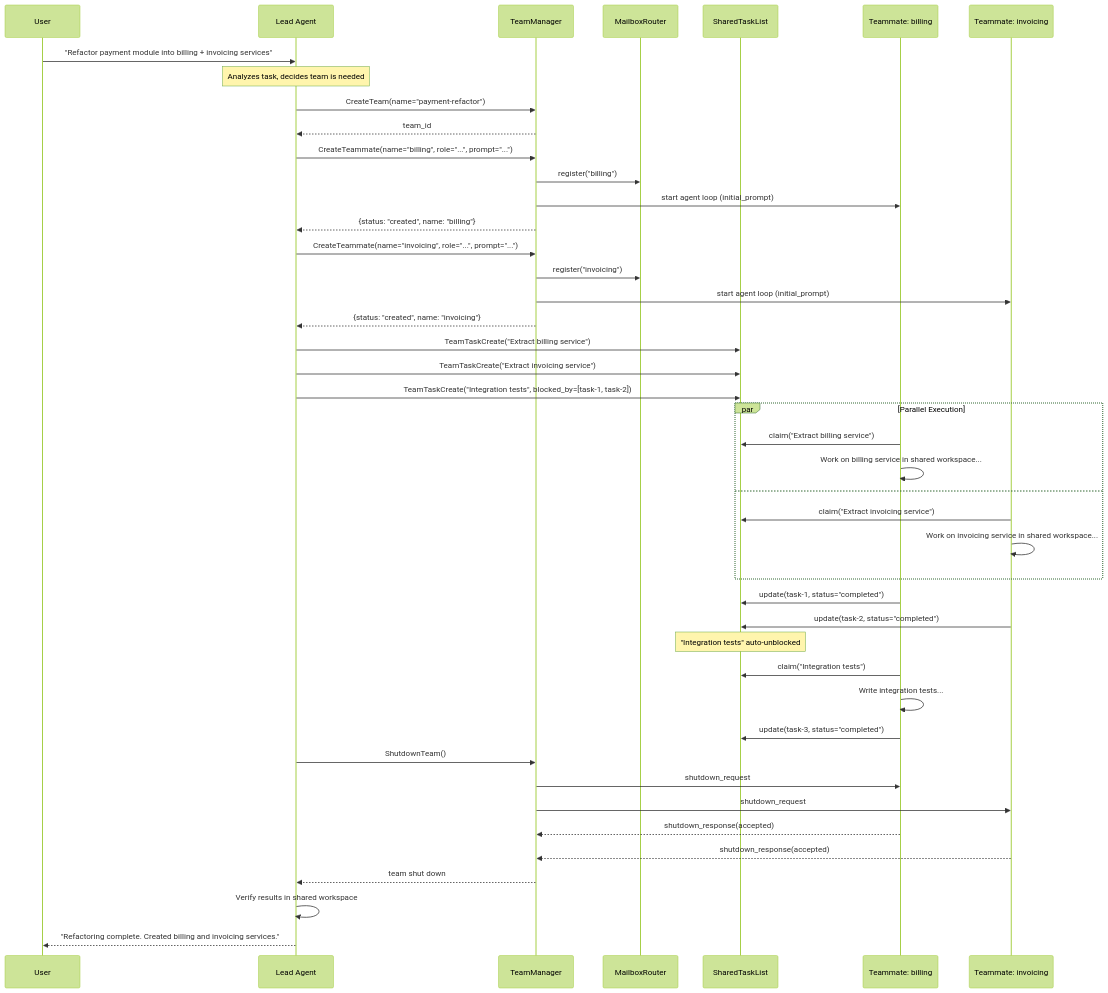
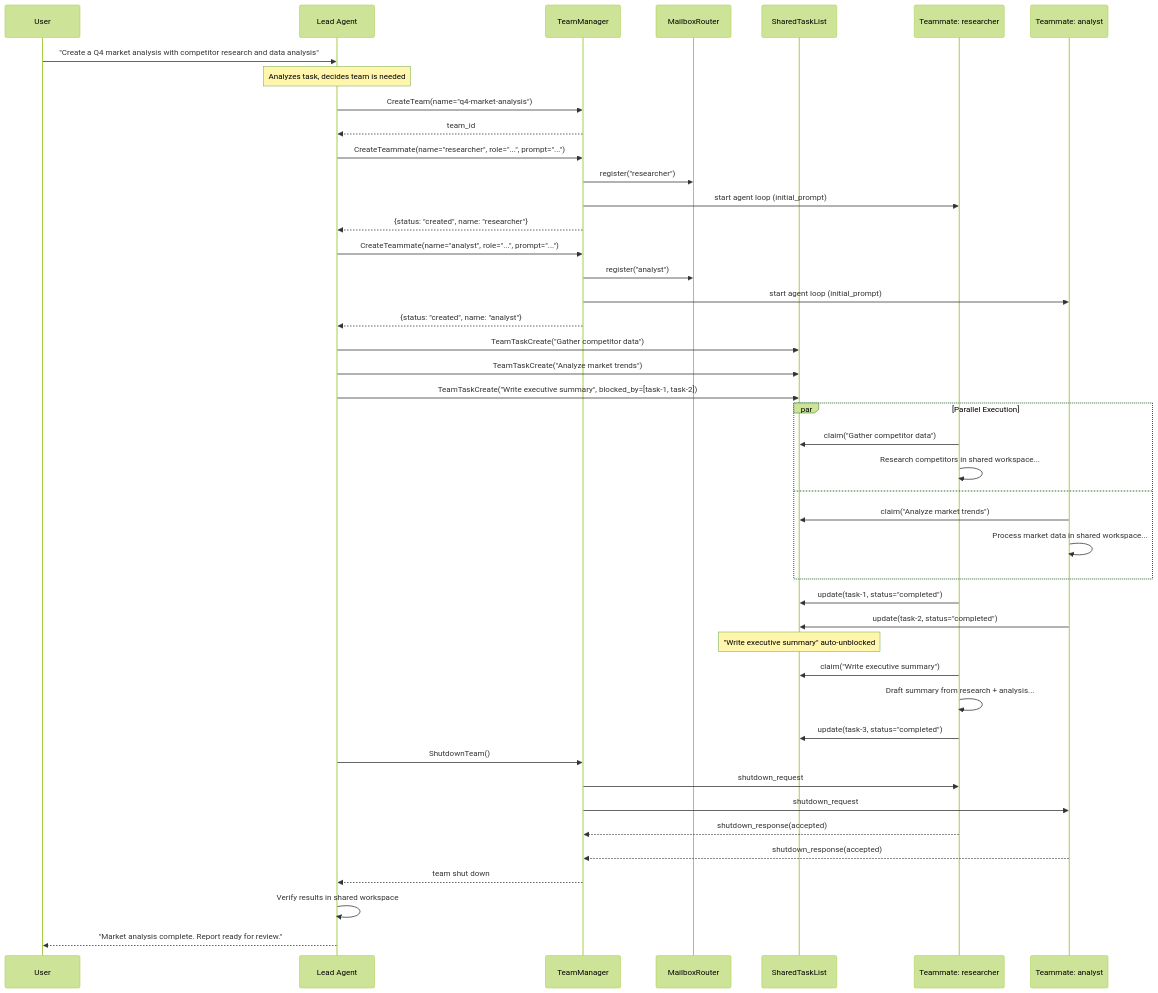
One commit to suman724/cowork-infra changed the fourth of 9 diagrams in docs/components/agent-teams.md. Above: the diagram before and after it, drawn with Mermaid (forest theme). The commit also changed other lines of this file, not shown here.

````diff
--- a/docs/components/agent-teams.md
+++ b/docs/components/agent-teams.md
@@ -486,56 +486,56 @@
 ```mermaid
 sequenceDiagram
     participant User
     participant Lead as Lead Agent
     participant TM as TeamManager
     participant MB as MailboxRouter
     participant TL as SharedTaskList
-    participant T1 as Teammate: billing
-    participant T2 as Teammate: invoicing
+    participant T1 as Teammate: researcher
+    participant T2 as Teammate: analyst
 
-    User->>Lead: "Refactor payment module into billing + invoicing services"
+    User->>Lead: "Create a Q4 market analysis with competitor research and data analysis"
     Note over Lead: Analyzes task, decides team is needed
 
-    Lead->>TM: CreateTeam(name="payment-refactor")
+    Lead->>TM: CreateTeam(name="q4-market-analysis")
     TM-->>Lead: team_id
 
-    Lead->>TM: CreateTeammate(name="billing", role="...", prompt="...")
-    TM->>MB: register("billing")
+    Lead->>TM: CreateTeammate(name="researcher", role="...", prompt="...")
+    TM->>MB: register("researcher")
     TM->>T1: start agent loop (initial_prompt)
-    TM-->>Lead: {status: "created", name: "billing"}
+    TM-->>Lead: {status: "created", name: "researcher"}
 
-    Lead->>TM: CreateTeammate(name="invoicing", role="...", prompt="...")
-    TM->>MB: register("invoicing")
+    Lead->>TM: CreateTeammate(name="analyst", role="...", prompt="...")
+    TM->>MB: register("analyst")
     TM->>T2: start agent loop (initial_prompt)
-    TM-->>Lead: {status: "created", name: "invoicing"}
+    TM-->>Lead: {status: "created", name: "analyst"}
 
-    Lead->>TL: TeamTaskCreate("Extract billing service")
-    Lead->>TL: TeamTaskCreate("Extract invoicing service")
-    Lead->>TL: TeamTaskCreate("Integration tests", blocked_by=[task-1, task-2])
+    Lead->>TL: TeamTaskCreate("Gather competitor data")
+    Lead->>TL: TeamTaskCreate("Analyze market trends")
+    Lead->>TL: TeamTaskCreate("Write executive summary", blocked_by=[task-1, task-2])
 
     par Parallel Execution
-        T1->>TL: claim("Extract billing service")
-        T1->>T1: Work on billing service in shared workspace...
+        T1->>TL: claim("Gather competitor data")
+        T1->>T1: Research competitors in shared workspace...
     and
-        T2->>TL: claim("Extract invoicing service")
-        T2->>T2: Work on invoicing service in shared workspace...
+        T2->>TL: claim("Analyze market trends")
+        T2->>T2: Process market data in shared workspace...
     end
 
     T1->>TL: update(task-1, status="completed")
     T2->>TL: update(task-2, status="completed")
-    Note over TL: "Integration tests" auto-unblocked
+    Note over TL: "Write executive summary" auto-unblocked
 
-    T1->>TL: claim("Integration tests")
-    T1->>T1: Write integration tests...
+    T1->>TL: claim("Write executive summary")
+    T1->>T1: Draft summary from research + analysis...
     T1->>TL: update(task-3, status="completed")
 
     Lead->>TM: ShutdownTeam()
     TM->>T1: shutdown_request
     TM->>T2: shutdown_request
     T1-->>TM: shutdown_response(accepted)
     T2-->>TM: shutdown_response(accepted)
     TM-->>Lead: team shut down
 
     Lead->>Lead: Verify results in shared workspace
-    Lead-->>User: "Refactoring complete. Created billing and invoicing services."
+    Lead-->>User: "Market analysis complete. Report ready for review."
 ```
````
